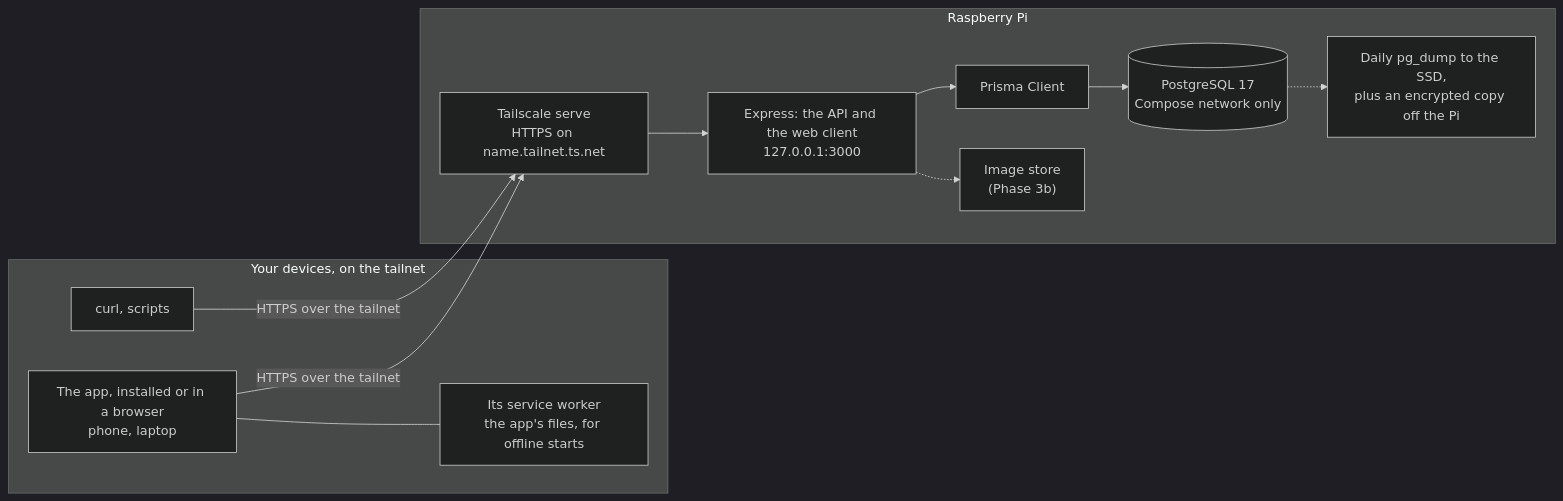
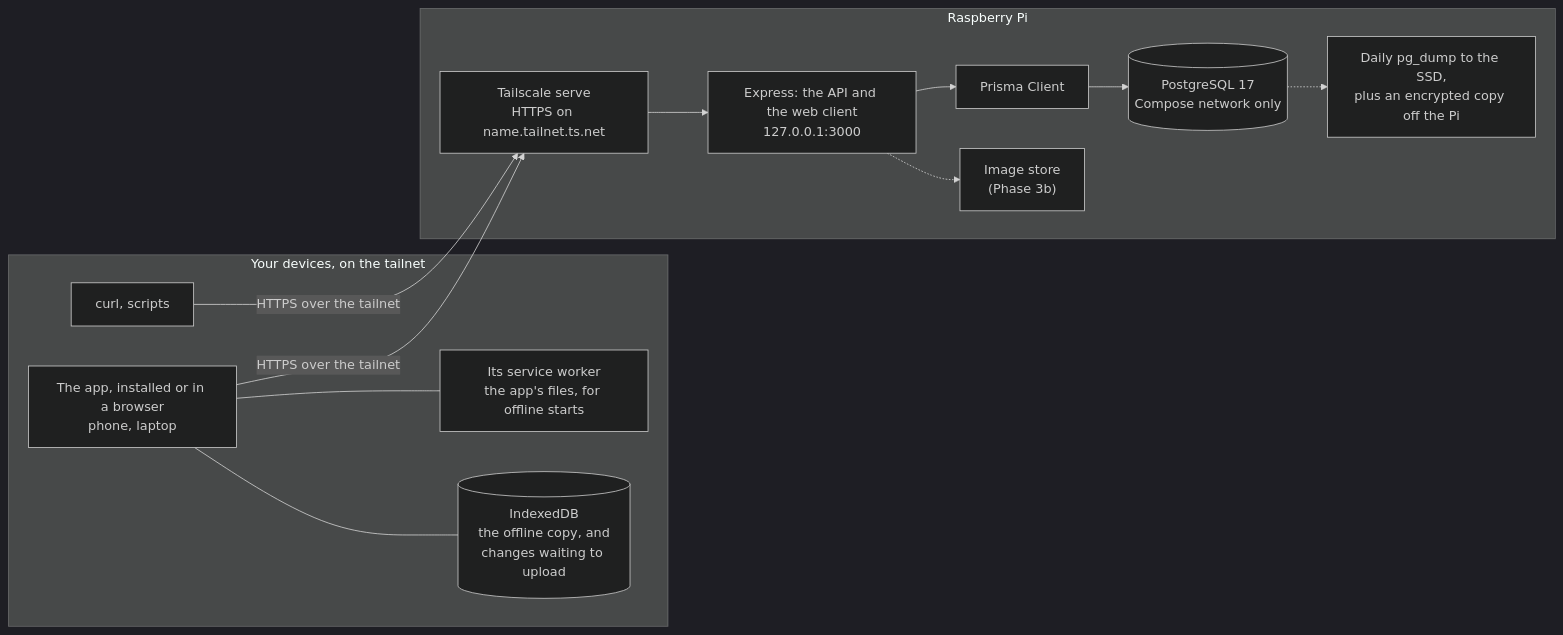
Before and after one commit to A-W-Coding/mise-en-place: the second of 3 diagrams in docs/architecture.md, drawn with Mermaid (dark theme). The commit also changed other lines of this file and 8 other files, not shown here.

First line of the commit message:
Step 19: deploy and phone check; show the offline copy at once (D8, D9)

````diff
--- a/docs/architecture.md
+++ b/docs/architecture.md
@@ -41,25 +43,27 @@
 ```mermaid
 flowchart LR
     subgraph devices["Your devices, on the tailnet"]
         pwa["The app, installed or in a browser<br/>phone, laptop"]
         sw["Its service worker<br/>the app's files, for offline starts"]
+        idb[("IndexedDB<br/>the offline copy, and<br/>changes waiting to upload")]
         shell["curl, scripts"]
     end
 
     subgraph pi["Raspberry Pi"]
         serve["Tailscale serve<br/>HTTPS on name.tailnet.ts.net"]
         api["Express: the API and the web client<br/>127.0.0.1:3000"]
         prisma["Prisma Client"]
         db[("PostgreSQL 17<br/>Compose network only")]
         images["Image store<br/>(Phase 3b)"]
         backups["Daily pg_dump to the SSD,<br/>plus an encrypted copy off the Pi"]
     end
 
     pwa --- sw
+    pwa --- idb
     pwa -->|HTTPS over the tailnet| serve
     shell -->|HTTPS over the tailnet| serve
     serve --> api
     api --> prisma --> db
     api -.-> images
     db -.-> backups
 ```
````
